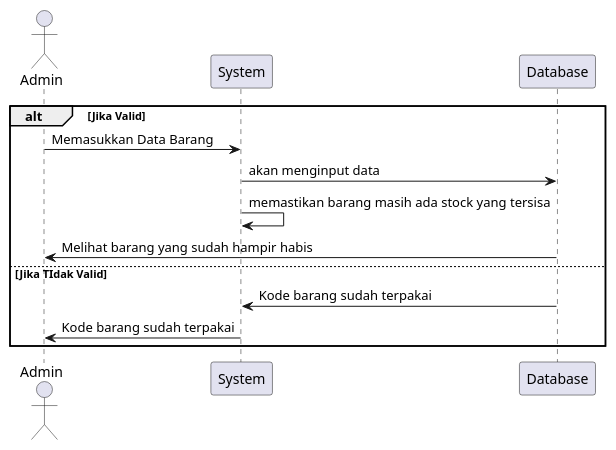
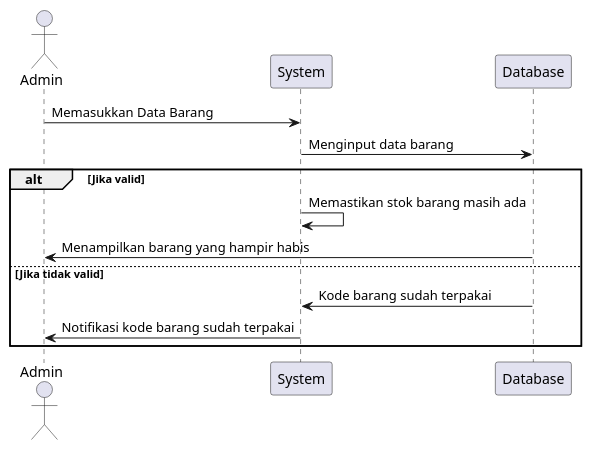
Before and after one commit to AzmiAli96/projek: the diagram in barangsequense.puml, drawn with PlantUML. The commit also changed 4 other files, not shown here.

Commit message:
sequence

```diff
--- a/barangsequense.puml
+++ b/barangsequense.puml
@@ -1,20 +1,19 @@
 @startuml
 
-Actor Admin
+actor Admin
 participant "System" as System
 participant "Database" as DB
 
-alt Jika Valid
-    Admin -> System: Memasukkan Data Barang
-    System -> DB: akan menginput data
-    System -> System: memastikan barang masih ada stock yang tersisa
-    DB -> Admin: Melihat barang yang sudah hampir habis
+Admin -> System: Memasukkan Data Barang
+System -> DB: Menginput data barang
 
-else Jika TIdak Valid
+alt Jika valid
+    System -> System: Memastikan stok barang masih ada
+    DB -> Admin: Menampilkan barang yang hampir habis
+
+else Jika tidak valid
     DB -> System: Kode barang sudah terpakai
-    System -> Admin: Kode barang sudah terpakai
+    System -> Admin: Notifikasi kode barang sudah terpakai
+end
 
-
-
-end
 @enduml
```
